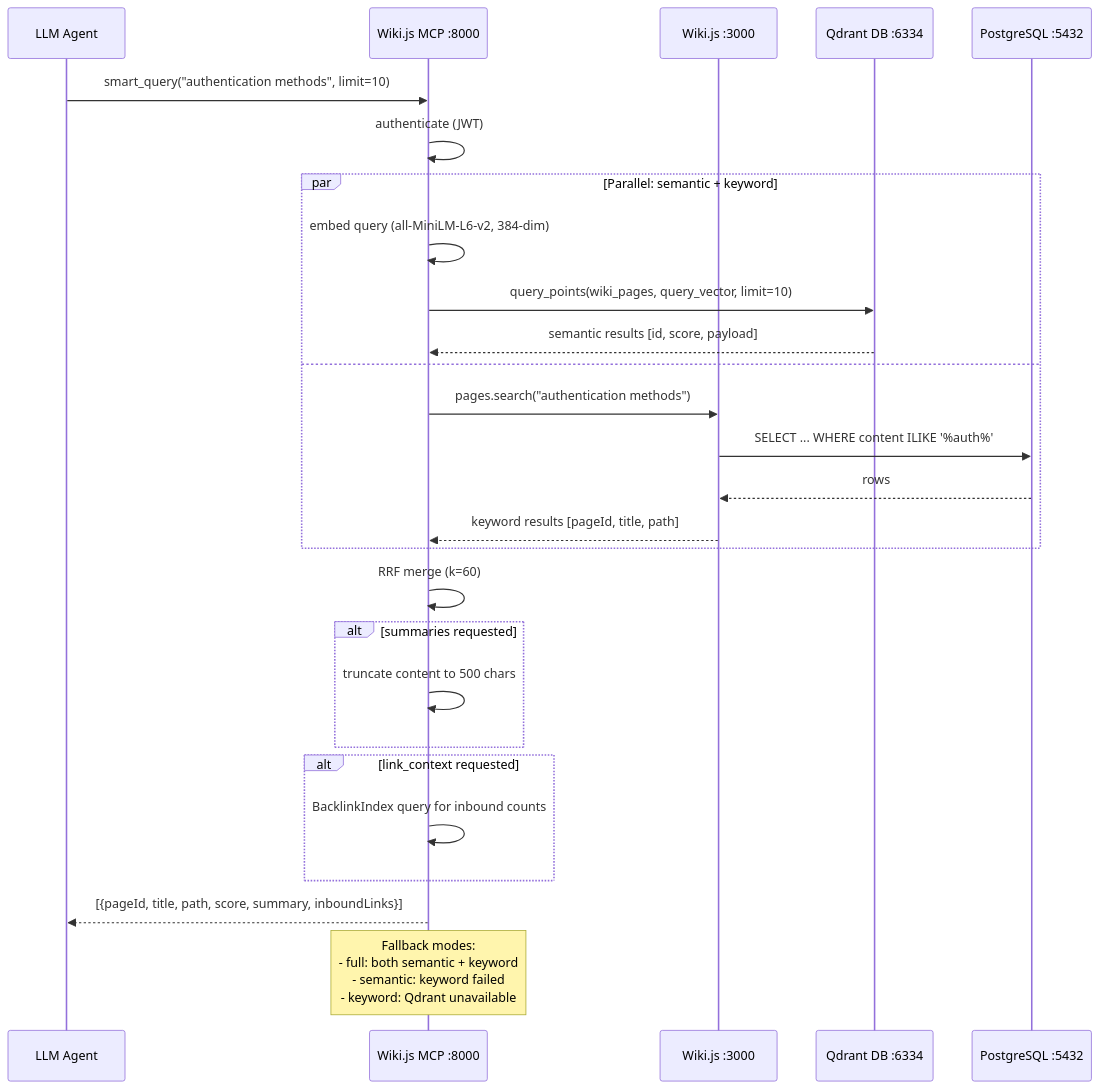
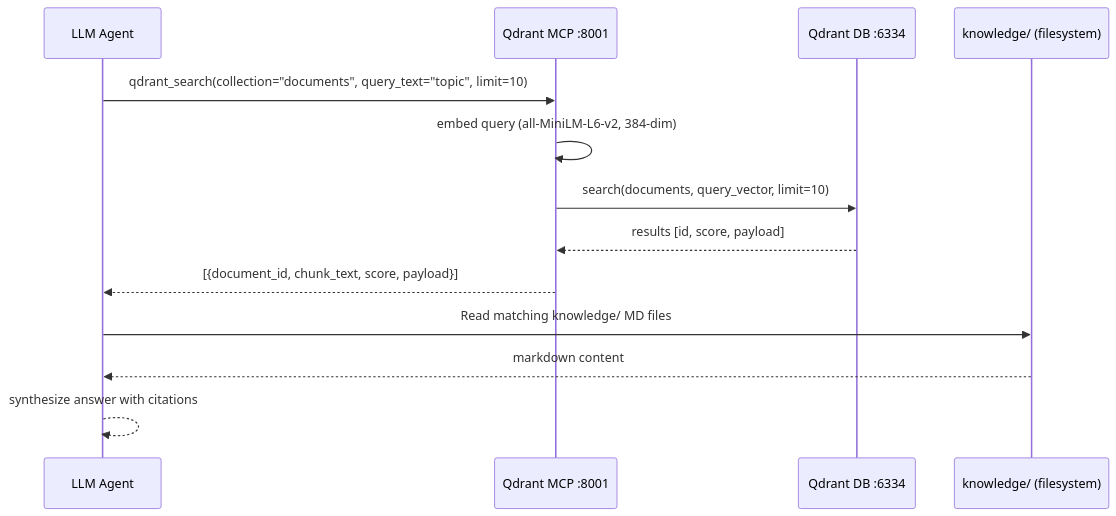
One commit to Michelangelo-Pinto/pinto-llm-wiki changed the first of 4 diagrams in doc_v4/architecture/data-flow.md. Above: the diagram before and after it, drawn with Mermaid. The commit also changed other lines of this file and 34 other files, not shown here.

````diff
--- a/doc_v4/architecture/data-flow.md
+++ b/doc_v4/architecture/data-flow.md
@@ -9,34 +9,17 @@
 ```mermaid
 sequenceDiagram
     participant Agent as LLM Agent
-    participant WMCP as Wiki.js MCP :8000
-    participant Wiki as Wiki.js :3000
+    participant QMCP as Qdrant MCP :8001
     participant Qdrant as Qdrant DB :6334
-    participant PG as PostgreSQL :5432
+    participant KB as knowledge/ (filesystem)
 
-    Agent->>WMCP: smart_query("authentication methods", limit=10)
-    WMCP->>WMCP: authenticate (JWT)
+    Agent->>QMCP: qdrant_search(collection="documents", query_text="topic", limit=10)
+    QMCP->>QMCP: embed query (all-MiniLM-L6-v2, 384-dim)
+    QMCP->>Qdrant: search(documents, query_vector, limit=10)
+    Qdrant-->>QMCP: results [id, score, payload]
+    QMCP-->>Agent: [{document_id, chunk_text, score, payload}]
 
-    par Parallel: semantic + keyword
-        WMCP->>WMCP: embed query (all-MiniLM-L6-v2, 384-dim)
-        WMCP->>Qdrant: query_points(wiki_pages, query_vector, limit=10)
-        Qdrant-->>WMCP: semantic results [id, score, payload]
-    and
-        WMCP->>Wiki: pages.search("authentication methods")
-        Wiki->>PG: SELECT ... WHERE content ILIKE '%auth%'
-        PG-->>Wiki: rows
-        Wiki-->>WMCP: keyword results [pageId, title, path]
-    end
-
-    WMCP->>WMCP: RRF merge (k=60)
-    alt summaries requested
-        WMCP->>WMCP: truncate content to 500 chars
-    end
-    alt link_context requested
-        WMCP->>WMCP: BacklinkIndex query for inbound counts
-    end
-
-    WMCP-->>Agent: [{pageId, title, path, score, summary, inboundLinks}]
-
-    Note over WMCP: Fallback modes:<br/>- full: both semantic + keyword<br/>- semantic: keyword failed<br/>- keyword: Qdrant unavailable
+    Agent->>KB: Read matching knowledge/ MD files
+    KB-->>Agent: markdown content
+    Agent-->>Agent: synthesize answer with citations
 ```
````
